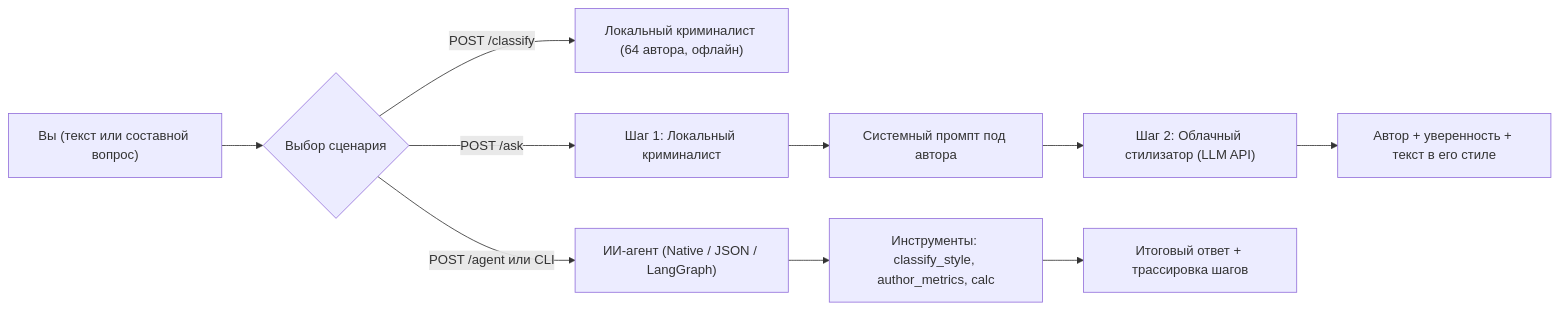
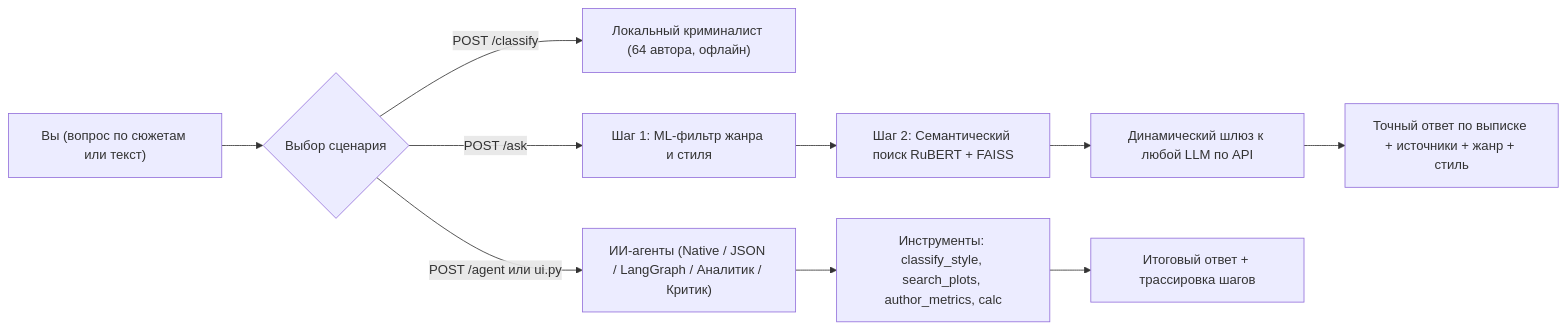
The diagram in docs/USER_GUIDE.md (dsv-lt/SovTeh), drawn with Mermaid before and after one commit. The commit also changed other lines of this file and 24 other files, not shown here.

Commit message:
feat: add hybrid RAG pipeline (ML filter + RuBERT/FAISS), dynamic LLM API gateway, Windows proxy immunity, and Streamlit UI

````diff
--- a/docs/USER_GUIDE.md
+++ b/docs/USER_GUIDE.md
@@ -19,12 +19,12 @@
 ```mermaid
 flowchart LR
-    User["Вы (текст или составной вопрос)"] --> Branch{"Выбор сценария"}
+    User["Вы (вопрос по сюжетам или текст)"] --> Branch{"Выбор сценария"}
     Branch -->|"POST /classify"| ClfOnly["Локальный криминалист (64 автора, офлайн)"]
-    Branch -->|"POST /ask"| Stage1["Шаг 1: Локальный криминалист"]
-    Stage1 --> Prompt["Системный промпт под автора"]
-    Prompt --> Stage2["Шаг 2: Облачный стилизатор (LLM API)"]
-    Stage2 --> AskRes["Автор + уверенность + текст в его стиле"]
-    Branch -->|"POST /agent или CLI"| Agent["ИИ-агент (Native / JSON / LangGraph)"]
-    Agent --> Tools["Инструменты: classify_style, author_metrics, calc"]
+    Branch -->|"POST /ask"| Stage1["Шаг 1: ML-фильтр жанра и стиля"]
+    Stage1 --> Stage2["Шаг 2: Семантический поиск RuBERT + FAISS"]
+    Stage2 --> Gateway["Динамический шлюз к любой LLM по API"]
+    Gateway --> AskRes["Точный ответ по выписке + источники + жанр + стиль"]
+    Branch -->|"POST /agent или ui.py"| Agent["ИИ-агенты (Native / JSON / LangGraph / Аналитик / Критик)"]
+    Agent --> Tools["Инструменты: classify_style, search_plots, author_metrics, calc"]
     Tools --> AgentRes["Итоговый ответ + трассировка шагов"]
 ```
````
